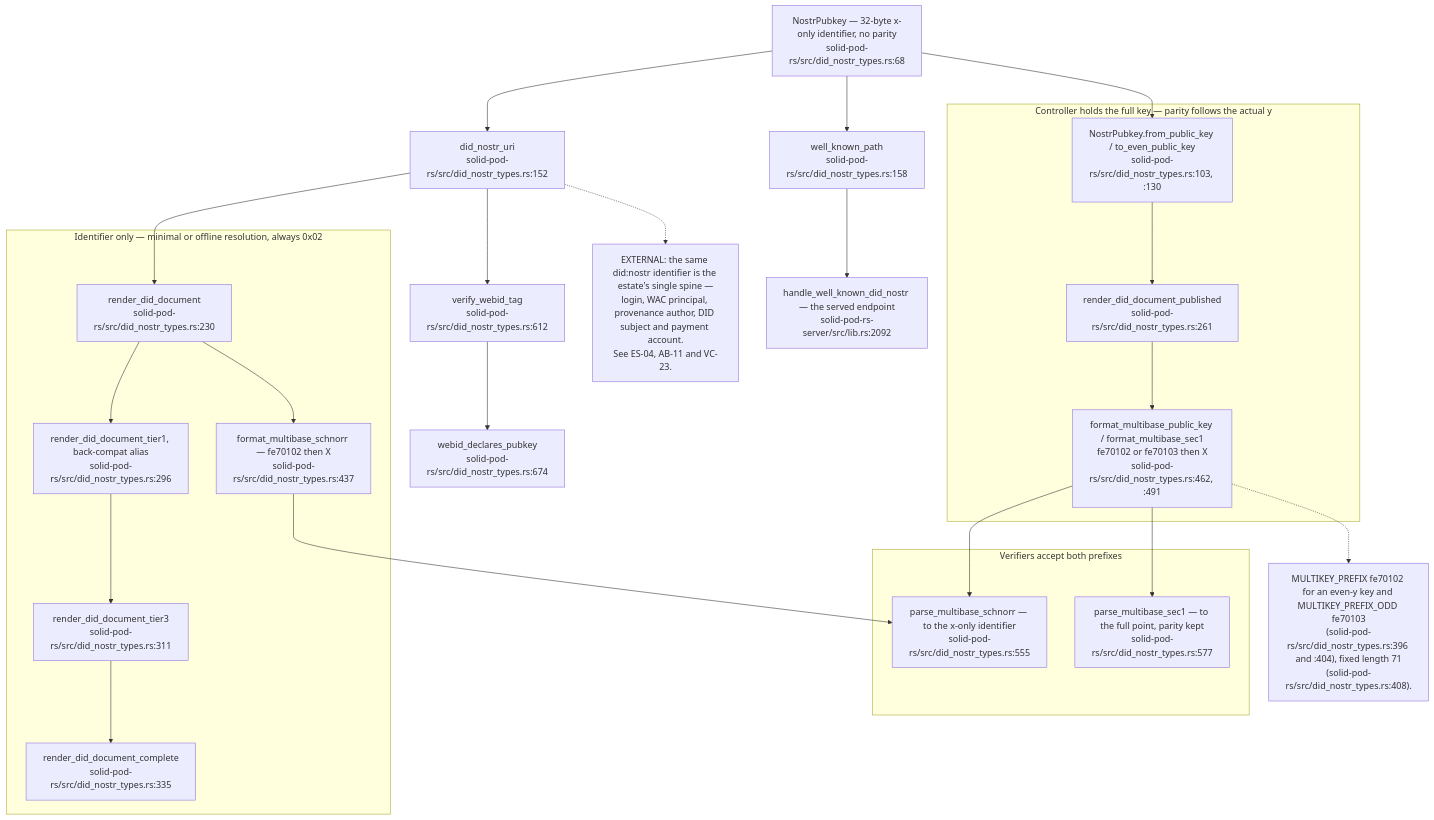
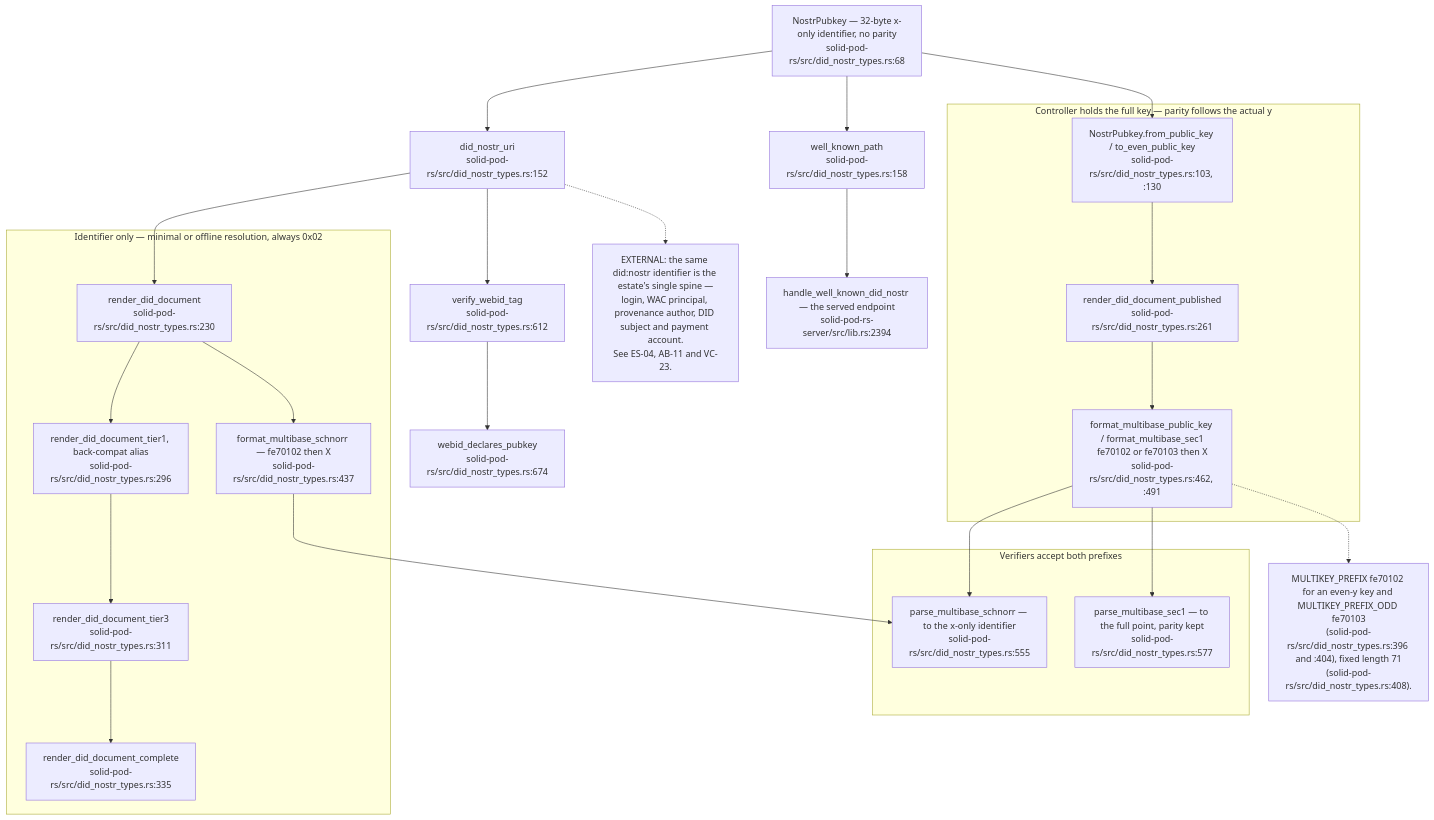
One commit to DreamLab-AI/VisionFlow changed the ninth of 18 diagrams in docs/diagrams/solid-pod-rs/05-identity-nip98-did-oidc.md. Above: the diagram before and after it, drawn with Mermaid. The commit also changed other lines of this file and 160 other files, not shown here.

````diff
--- a/docs/diagrams/solid-pod-rs/05-identity-nip98-did-oidc.md
+++ b/docs/diagrams/solid-pod-rs/05-identity-nip98-did-oidc.md
@@ -274,42 +289,42 @@
 ```mermaid
 flowchart TD
     PK["NostrPubkey — 32-byte x-only identifier, no parity<br/>solid-pod-rs/src/did_nostr_types.rs:68"]
     URI["did_nostr_uri<br/>solid-pod-rs/src/did_nostr_types.rs:152"]
     WKP["well_known_path<br/>solid-pod-rs/src/did_nostr_types.rs:158"]
-    RT["handle_well_known_did_nostr — the served endpoint<br/>solid-pod-rs-server/src/lib.rs:2092"]
+    RT["handle_well_known_did_nostr — the served endpoint<br/>solid-pod-rs-server/src/lib.rs:2394"]
     VT["verify_webid_tag<br/>solid-pod-rs/src/did_nostr_types.rs:612"]
     WD["webid_declares_pubkey<br/>solid-pod-rs/src/did_nostr_types.rs:674"]
 
     subgraph IDONLY["Identifier only — minimal or offline resolution, always 0x02"]
         RD["render_did_document<br/>solid-pod-rs/src/did_nostr_types.rs:230"]
         T1["render_did_document_tier1, back-compat alias<br/>solid-pod-rs/src/did_nostr_types.rs:296"]
         T3["render_did_document_tier3<br/>solid-pod-rs/src/did_nostr_types.rs:311"]
         TC["render_did_document_complete<br/>solid-pod-rs/src/did_nostr_types.rs:335"]
         MB["format_multibase_schnorr — fe70102 then X<br/>solid-pod-rs/src/did_nostr_types.rs:437"]
     end
 
     subgraph FULL["Controller holds the full key — parity follows the actual y"]
         FPK["NostrPubkey.from_public_key / to_even_public_key<br/>solid-pod-rs/src/did_nostr_types.rs:103, :130"]
         RDP["render_did_document_published<br/>solid-pod-rs/src/did_nostr_types.rs:261"]
         MBF["format_multibase_public_key / format_multibase_sec1<br/>fe70102 or fe70103 then X<br/>solid-pod-rs/src/did_nostr_types.rs:462, :491"]
     end
 
     subgraph DECODE["Verifiers accept both prefixes"]
         PS["parse_multibase_schnorr — to the x-only identifier<br/>solid-pod-rs/src/did_nostr_types.rs:555"]
         PSEC["parse_multibase_sec1 — to the full point, parity kept<br/>solid-pod-rs/src/did_nostr_types.rs:577"]
     end
 
     PK --> URI --> RD --> T1 --> T3 --> TC
     RD --> MB
     PK --> WKP --> RT
     URI --> VT --> WD
     PK --> FPK --> RDP --> MBF
     MB --> PS
     MBF --> PS
     MBF --> PSEC
 
     N["MULTIKEY_PREFIX fe70102 for an even-y key and MULTIKEY_PREFIX_ODD fe70103<br/>(solid-pod-rs/src/did_nostr_types.rs:396 and :404), fixed length 71<br/>(solid-pod-rs/src/did_nostr_types.rs:408)."]
     MBF -.-> N
     N2["EXTERNAL: the same did:nostr identifier is the estate's single spine —<br/>login, WAC principal, provenance author, DID subject and payment account.<br/>See ES-04, AB-11 and VC-23."]
     URI -.-> N2
 ```
````
